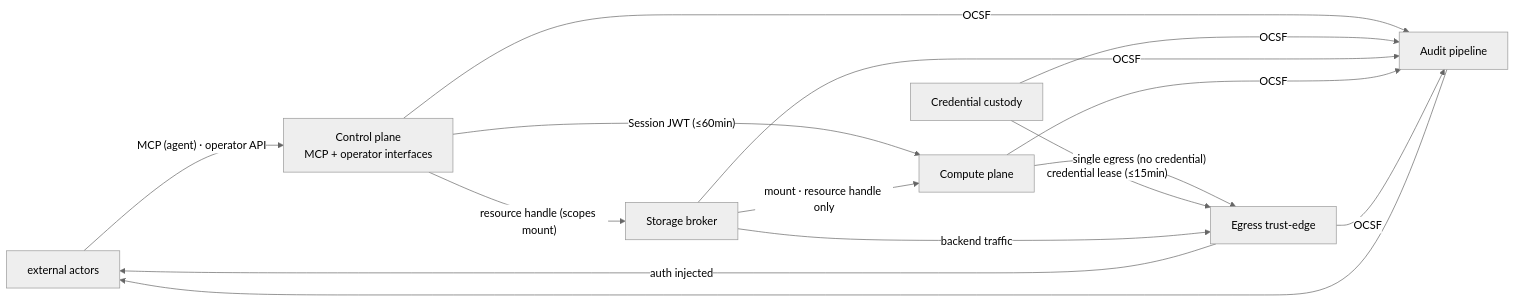
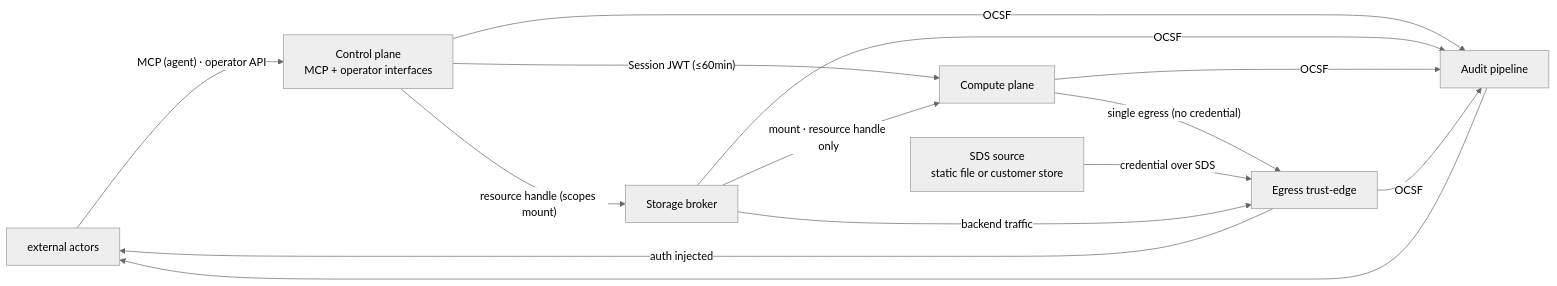
The diagram in docs/architecture/02-trust-boundaries.md (Wide-Moat/open-computer-use), drawn with Mermaid (neutral theme) before and after one commit. The commit also changed other lines of this file and 20 other files, not shown here.

````diff
--- a/docs/architecture/02-trust-boundaries.md
+++ b/docs/architecture/02-trust-boundaries.md
@@ -81,20 +79,20 @@
 ```mermaid
 flowchart LR
     EXT[external actors]
     CP[Control plane<br/>MCP + operator interfaces]
-    BR[Credential custody]
     SB[Storage broker]
     VM[Compute plane]
     EDGE[Egress trust-edge]
+    SDS[SDS source<br/>static file or customer store]
     AUDIT[Audit pipeline]
     EXT -- "MCP (agent) · operator API" --> CP
     CP -- "Session JWT (≤60min)" --> VM
     CP -- "resource handle (scopes mount)" --> SB
     SB -- "mount · resource handle only" --> VM
     VM -- "single egress (no credential)" --> EDGE
-    BR -- "credential lease (≤15min)" --> EDGE
+    SDS -- "credential over SDS" --> EDGE
     SB -- "backend traffic" --> EDGE
     EDGE -- "auth injected" --> EXT
-    CP & BR & SB & VM & EDGE -- "OCSF" --> AUDIT
+    CP & SB & VM & EDGE -- "OCSF" --> AUDIT
     AUDIT --> EXT
 ```
````
